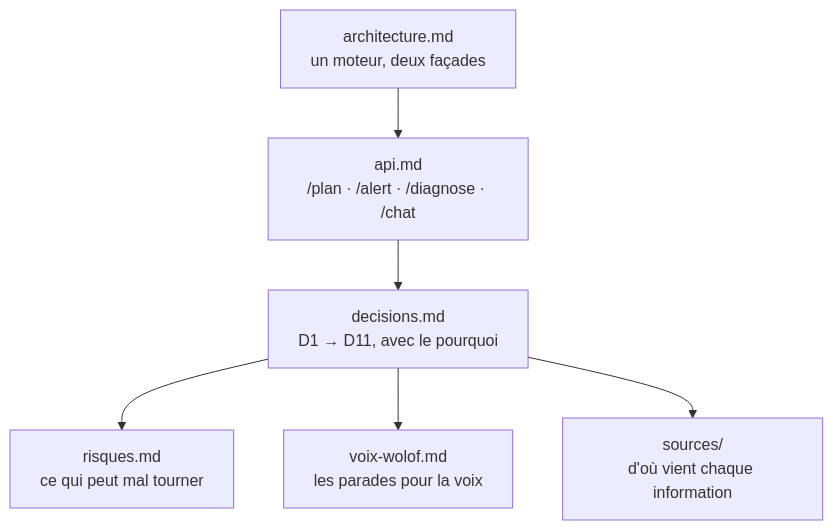
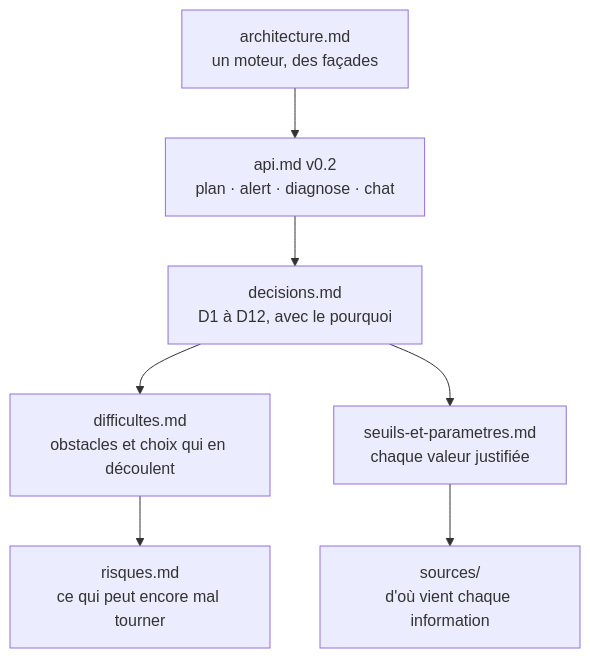
One commit to Oscar-AS/Terramind changed the diagram in docs/README.md. Above: the diagram before and after it, drawn with Mermaid. The commit also changed other lines of this file and 14 other files, not shown here.

````diff
--- a/docs/README.md
+++ b/docs/README.md
@@ -14,8 +15,9 @@
 ```mermaid
 flowchart TD
-    A["architecture.md<br/>un moteur, deux façades"] --> B["api.md<br/>/plan · /alert · /diagnose · /chat"]
-    B --> C["decisions.md<br/>D1 → D11, avec le pourquoi"]
-    C --> D["risques.md<br/>ce qui peut mal tourner"]
-    C --> E["voix-wolof.md<br/>les parades pour la voix"]
-    C --> F["sources/<br/>d'où vient chaque information"]
+    A["architecture.md<br/>un moteur, des façades"] --> B["api.md v0.2<br/>plan · alert · diagnose · chat"]
+    B --> C["decisions.md<br/>D1 à D12, avec le pourquoi"]
+    C --> D["difficultes.md<br/>obstacles et choix qui en découlent"]
+    C --> E["seuils-et-parametres.md<br/>chaque valeur justifiée"]
+    D --> R["risques.md<br/>ce qui peut encore mal tourner"]
+    E --> S["sources/<br/>d'où vient chaque information"]
 ```
````
